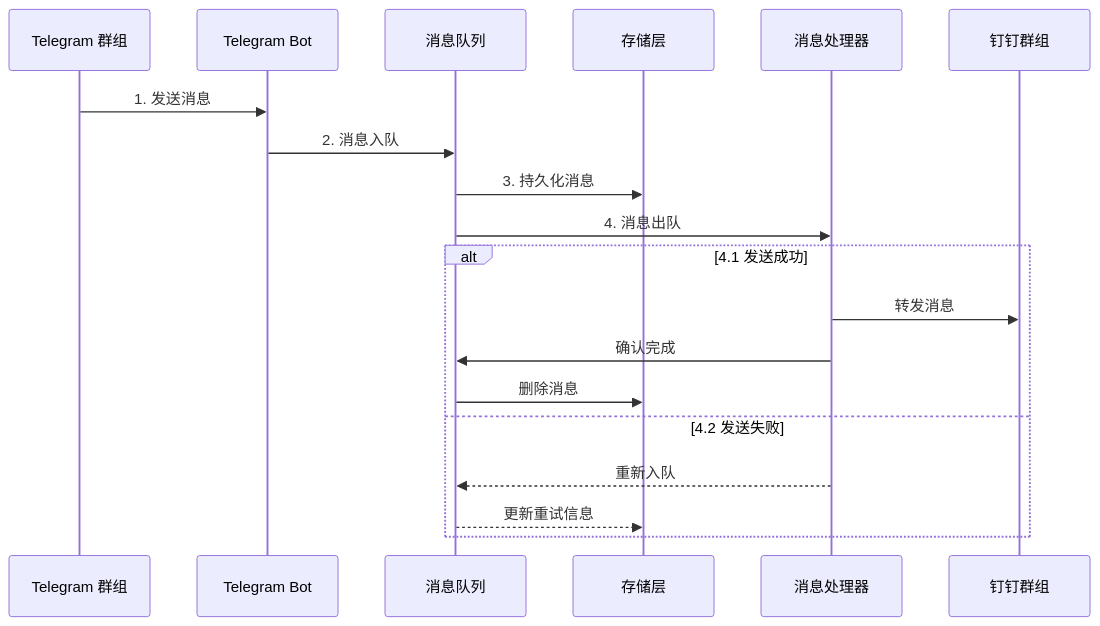
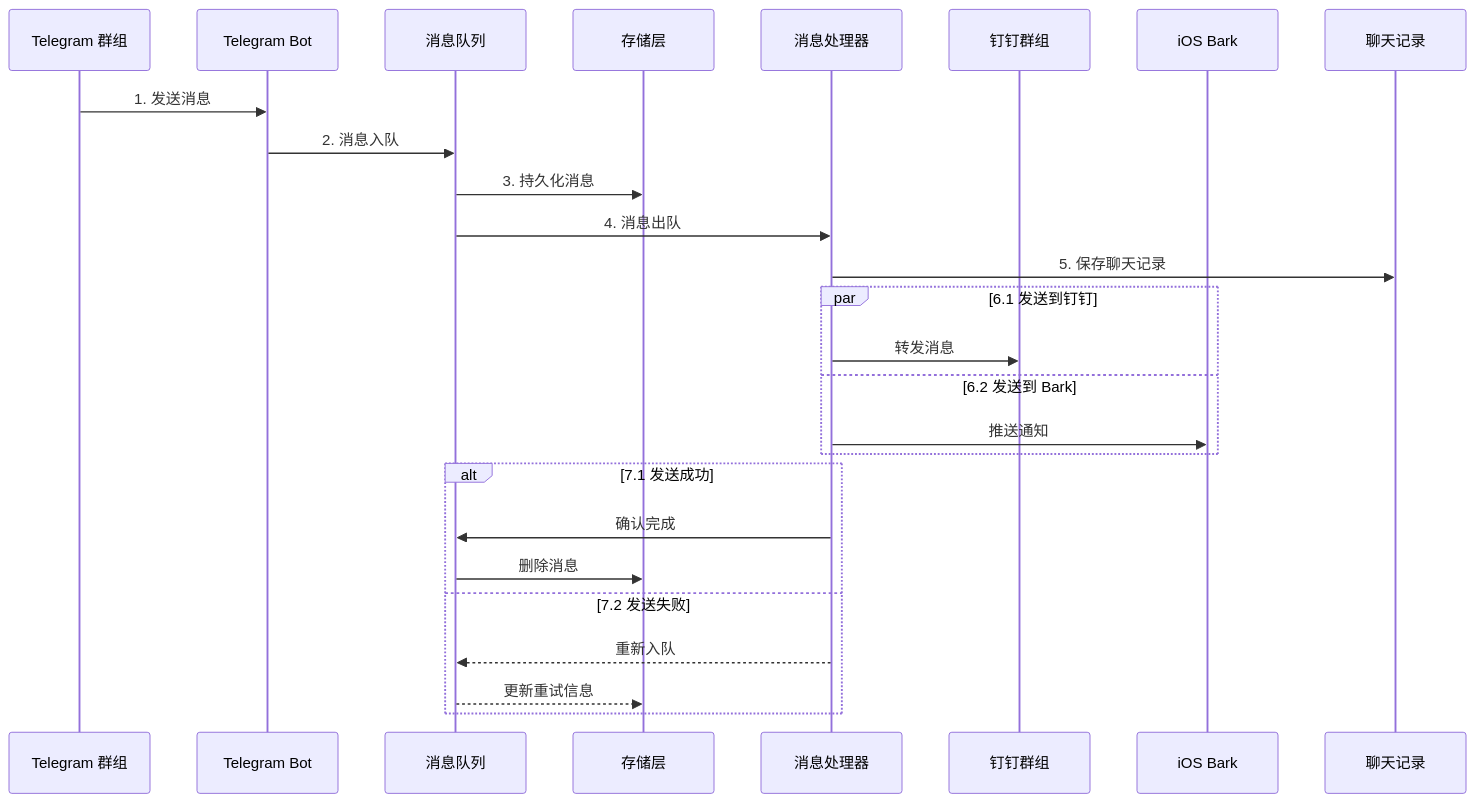
Before and after one commit to bytebitgo/tg-forward-to-xx: the second of 3 diagrams in README.md, drawn with Mermaid. The commit also changed other lines of this file and 2 other files, not shown here.

First line of the commit message:
feat: 发布 v2.0.0 版本，增加 iOS Bark 通知和多项功能增强

````diff
--- a/README.md
+++ b/README.md
@@ -76,25 +82,34 @@
 ```mermaid
 sequenceDiagram
     participant TG as Telegram 群组
     participant Bot as Telegram Bot
     participant Queue as 消息队列
     participant Storage as 存储层
     participant Handler as 消息处理器
     participant DD as 钉钉群组
+    participant Bark as iOS Bark
+    participant History as 聊天记录
 
     %% 基础流程
     TG->>Bot: 1. 发送消息
     Bot->>Queue: 2. 消息入队
     Queue->>Storage: 3. 持久化消息
     Queue->>Handler: 4. 消息出队
+    Handler->>History: 5. 保存聊天记录
+    
+    %% 并行处理
+    par 6.1 发送到钉钉
+        Handler->>DD: 转发消息
+    and 6.2 发送到 Bark
+        Handler->>Bark: 推送通知
+    end
     
     %% 分支处理
-    alt 4.1 发送成功
-        Handler->>DD: 转发消息
+    alt 7.1 发送成功
         Handler->>Queue: 确认完成
         Queue->>Storage: 删除消息
-    else 4.2 发送失败
+    else 7.2 发送失败
         Handler-->>Queue: 重新入队
         Queue-->>Storage: 更新重试信息
     end
 ```
````
